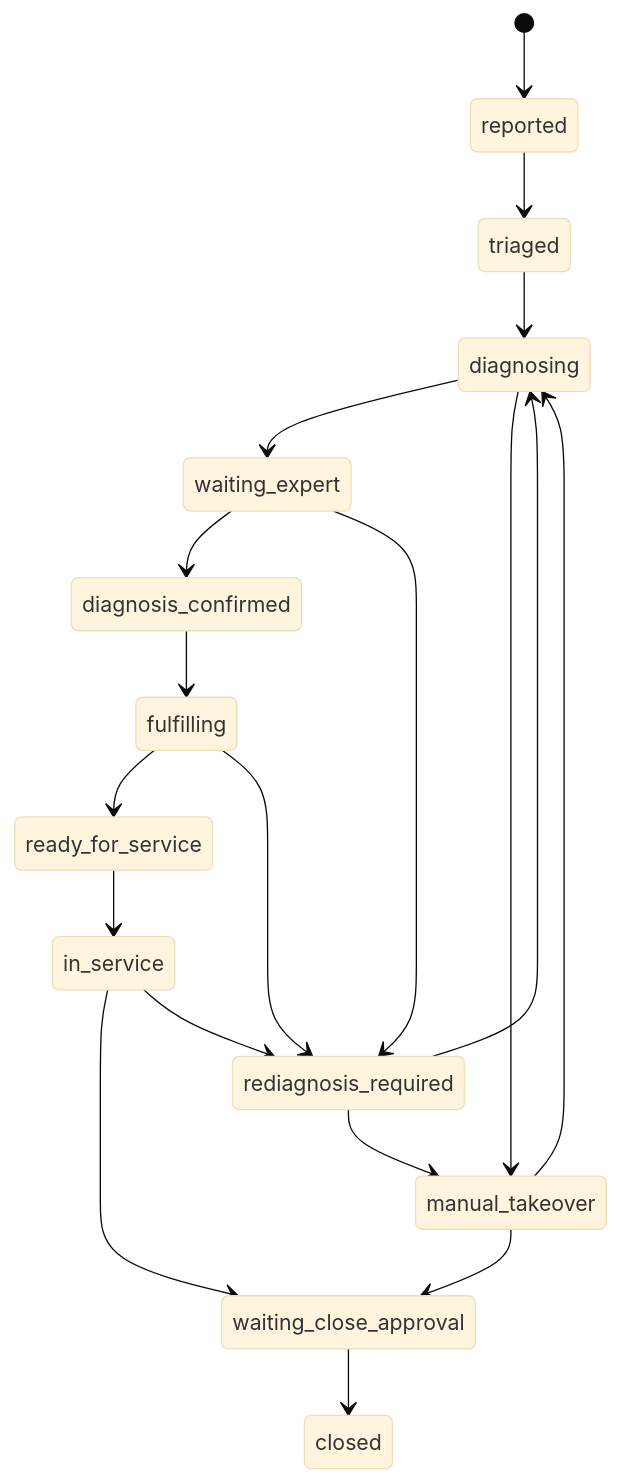
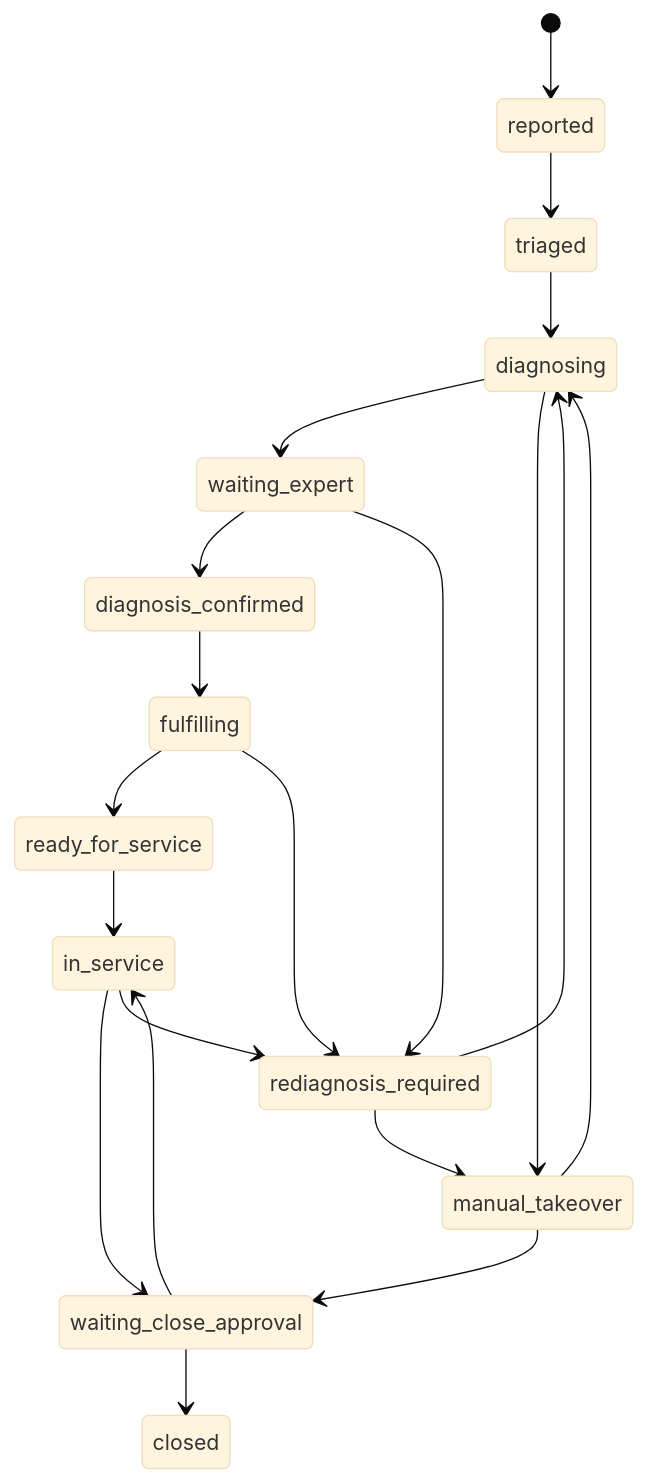
One commit to lw9335/AI-Car changed the diagram in openwiki/domain/work-order.md. Above: the diagram before and after it, drawn with Mermaid (base theme). The commit also changed other lines of this file and 19 other files, not shown here.

````diff
--- a/openwiki/domain/work-order.md
+++ b/openwiki/domain/work-order.md
@@ -30,21 +30,22 @@
 ```mermaid
 stateDiagram-v2
   [*] --> reported
   reported --> triaged
   triaged --> diagnosing
   diagnosing --> waiting_expert
   diagnosing --> manual_takeover
   waiting_expert --> diagnosis_confirmed
   waiting_expert --> rediagnosis_required
   diagnosis_confirmed --> fulfilling
   fulfilling --> ready_for_service
   fulfilling --> rediagnosis_required
   ready_for_service --> in_service
   in_service --> waiting_close_approval
   in_service --> rediagnosis_required
   waiting_close_approval --> closed
+  waiting_close_approval --> in_service
   rediagnosis_required --> diagnosing
   rediagnosis_required --> manual_takeover
   manual_takeover --> diagnosing
   manual_takeover --> waiting_close_approval
 ```
````
